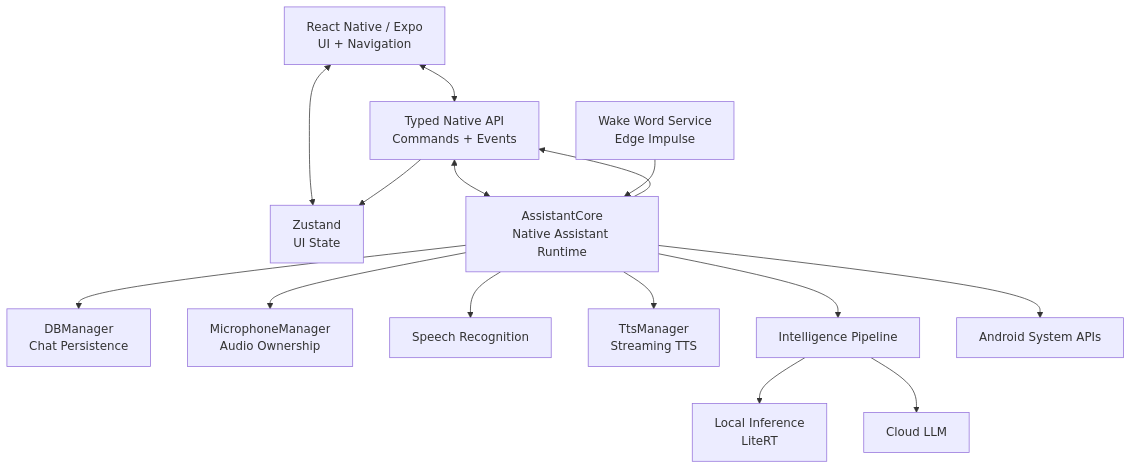
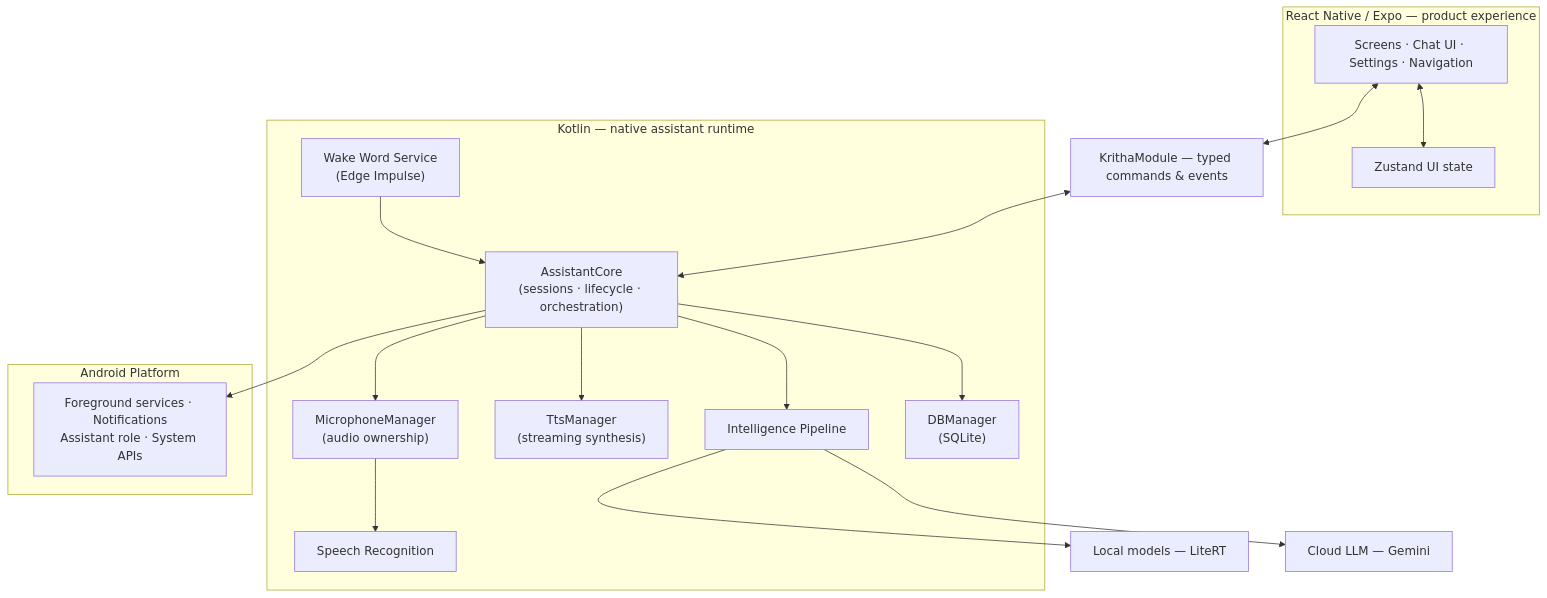
The first of 5 diagrams in README.md (kaushalkrishnax/kritha), drawn with Mermaid before and after one commit. The commit also changed other lines of this file and 80 other files, not shown here.

First line of the commit message:
refactor: establish provider-driven assistant runtime

````diff
--- a/README.md
+++ b/README.md
@@ -35,39 +45,39 @@
 ```mermaid
 flowchart TB
-    UI["React Native / Expo<br/>UI + Navigation"]
-    STORE["Zustand<br/>UI State"]
-    API["Typed Native API<br/>Commands + Events"]
+    subgraph RN["React Native / Expo — product experience"]
+        UI["Screens · Chat UI · Settings · Navigation"]
+        STORE["Zustand UI state"]
+    end
 
-    CORE["AssistantCore<br/>Native Assistant Runtime"]
+    BRIDGE["KrithaModule — typed commands & events"]
 
-    DB["DBManager<br/>Chat Persistence"]
-    MIC["MicrophoneManager<br/>Audio Ownership"]
-    STT["Speech Recognition"]
-    WAKE["Wake Word Service<br/>Edge Impulse"]
-    TTS["TtsManager<br/>Streaming TTS"]
-    INTEL["Intelligence Pipeline"]
+    subgraph KR["Kotlin — native assistant runtime"]
+        CORE["AssistantCore<br/>(sessions · lifecycle · orchestration)"]
+        WAKE["Wake Word Service<br/>(Edge Impulse)"]
+        MIC["MicrophoneManager<br/>(audio ownership)"]
+        STT["Speech Recognition"]
+        TTS["TtsManager<br/>(streaming synthesis)"]
+        INTEL["Intelligence Pipeline"]
+        DB["DBManager<br/>(SQLite)"]
+    end
 
-    LOCAL["Local Inference<br/>LiteRT"]
-    CLOUD["Cloud LLM"]
+    subgraph AND["Android Platform"]
+        SYS["Foreground services · Notifications<br/>Assistant role · System APIs"]
+    end
 
-    ANDROID["Android System APIs"]
+    LOCAL["Local models — LiteRT"]
+    CLOUD["Cloud LLM — Gemini"]
 
     UI <--> STORE
-    UI <--> API
-    API <--> CORE
-
-    CORE --> DB
+    UI <--> BRIDGE
+    BRIDGE <--> CORE
+    WAKE --> CORE
     CORE --> MIC
-    CORE --> STT
+    MIC --> STT
     CORE --> TTS
     CORE --> INTEL
-    WAKE --> CORE
-
+    CORE --> DB
     INTEL --> LOCAL
     INTEL --> CLOUD
-
-    CORE --> ANDROID
-
-    CORE --> API
-    API --> STORE
+    CORE --> SYS
 ```
````
